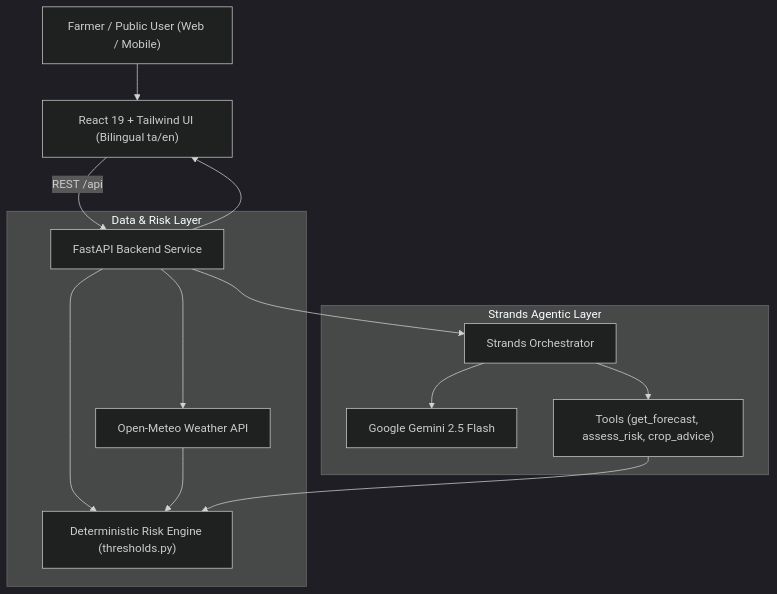
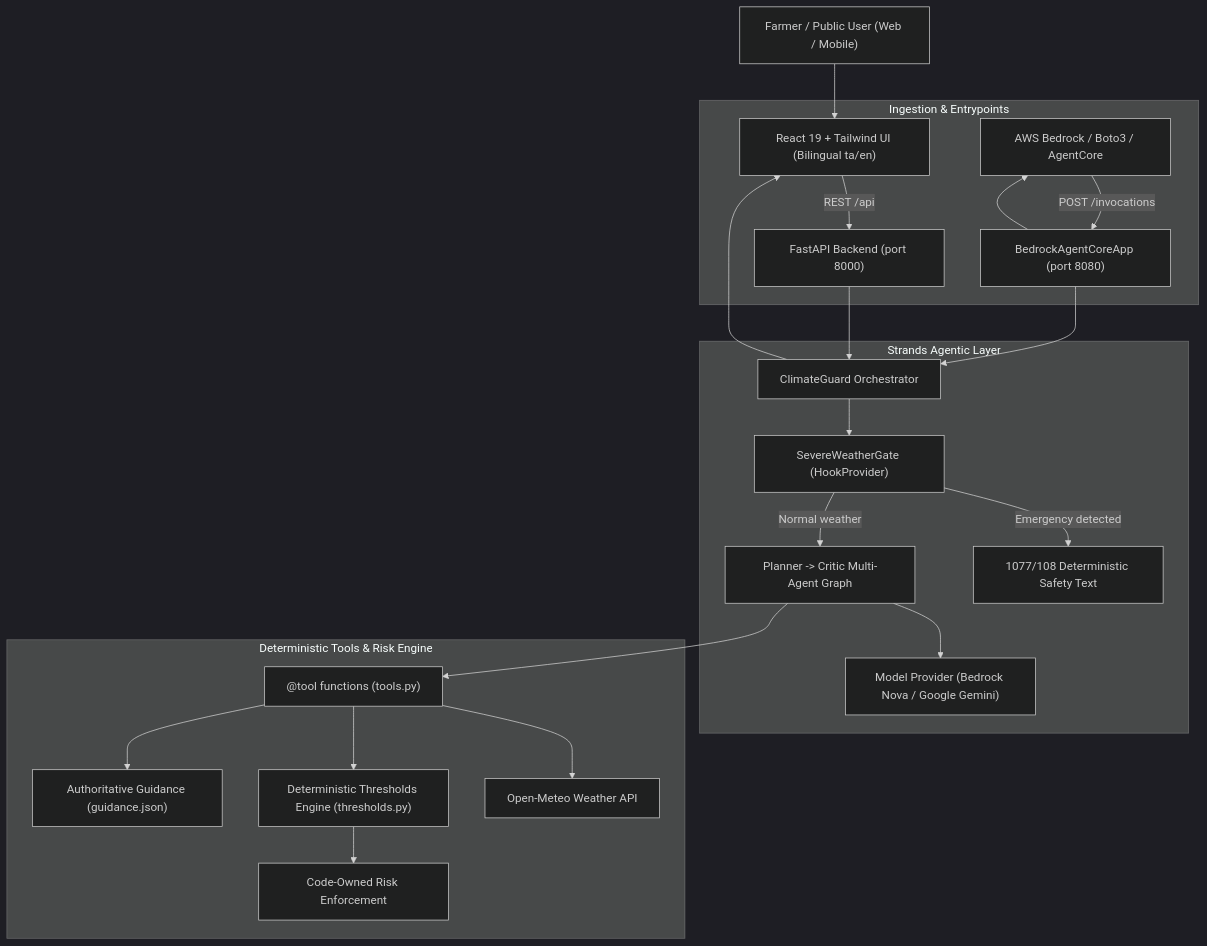
Before and after one commit to SELVA-MEENAKSHI-K/ClimateGuard-AI: the diagram in README.md, drawn with Mermaid (dark theme). The commit also changed other lines of this file and 4 other files, not shown here.

Commit message:
docs: update README with Strands multi-agent architecture and Bedrock AgentCore runtime

````diff
--- a/README.md
+++ b/README.md
@@ -61,20 +76,29 @@
 ```mermaid
 flowchart TD
     User["Farmer / Public User (Web / Mobile)"] --> Frontend["React 19 + Tailwind UI (Bilingual ta/en)"]
-    Frontend --> |REST /api| FastAPI["FastAPI Backend Service"]
     
-    subgraph Data & Risk Layer
-        FastAPI --> OpenMeteo["Open-Meteo Weather API"]
-        FastAPI --> RiskEngine["Deterministic Risk Engine (thresholds.py)"]
-        OpenMeteo --> RiskEngine
-    end
-    
-    subgraph Strands Agentic Layer
-        FastAPI --> Orchestrator["Strands Orchestrator"]
-        Orchestrator --> Gemini["Google Gemini 2.5 Flash"]
-        Orchestrator --> Tools["Tools (get_forecast, assess_risk, crop_advice)"]
-        Tools --> RiskEngine
+    subgraph Ingestion & Entrypoints
+        Frontend --> |REST /api| FastAPI["FastAPI Backend (port 8000)"]
+        BedrockClient["AWS Bedrock / Boto3 / AgentCore"] --> |POST /invocations| AgentCoreApp["BedrockAgentCoreApp (port 8080)"]
     end
 
-    FastAPI --> Frontend
+    subgraph Strands Agentic Layer
+        FastAPI --> Orchestrator["ClimateGuard Orchestrator"]
+        AgentCoreApp --> Orchestrator
+        Orchestrator --> SafetyHook["SevereWeatherGate (HookProvider)"]
+        SafetyHook --> |Emergency detected| FixedSafety["1077/108 Deterministic Safety Text"]
+        SafetyHook --> |Normal weather| GraphBuilder["Planner -> Critic Multi-Agent Graph"]
+        GraphBuilder --> LLM["Model Provider (Bedrock Nova / Google Gemini)"]
+    end
+
+    subgraph Deterministic Tools & Risk Engine
+        GraphBuilder --> Tools["@tool functions (tools.py)"]
+        Tools --> OpenMeteo["Open-Meteo Weather API"]
+        Tools --> Thresholds["Deterministic Thresholds Engine (thresholds.py)"]
+        Tools --> GuidanceCorpus["Authoritative Guidance (guidance.json)"]
+        Thresholds --> RiskEnforcement["Code-Owned Risk Enforcement"]
+    end
+
+    Orchestrator --> Frontend
+    AgentCoreApp --> BedrockClient
 ```
````
